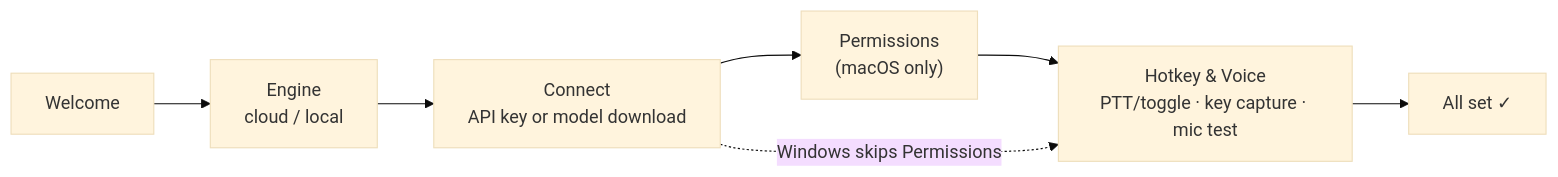
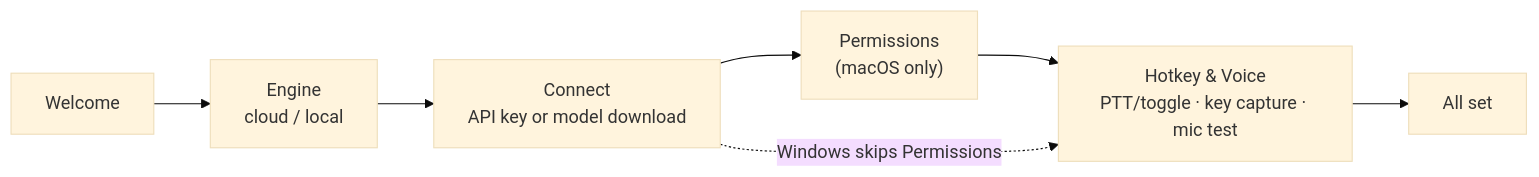
One commit to romiteld/yapper changed the third of 3 diagrams in README.md. Above: the diagram before and after it, drawn with Mermaid (base theme). The commit also changed other lines of this file, not shown here.

````diff
--- a/README.md
+++ b/README.md
@@ -78,9 +80,9 @@
 ```mermaid
 flowchart LR
     welcome["Welcome"] --> engine["Engine<br/>cloud / local"]
     engine --> connect["Connect<br/>API key or model download"]
     connect --> perms["Permissions<br/>(macOS only)"]
     perms --> voice["Hotkey & Voice<br/>PTT/toggle · key capture · mic test"]
-    voice --> done["All set ✓"]
+    voice --> done["All set"]
     connect -. "Windows skips Permissions" .-> voice
 ```
````
